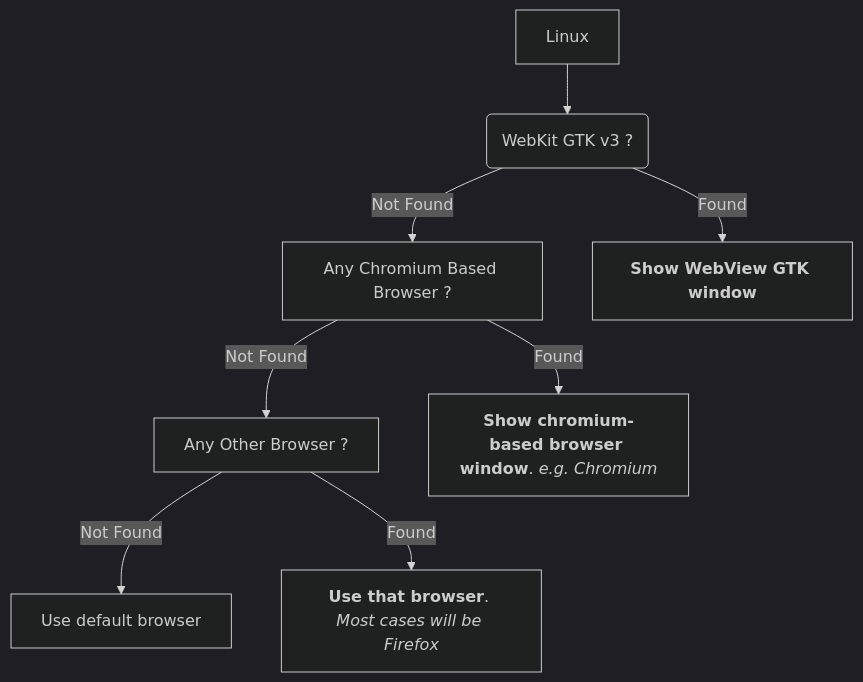
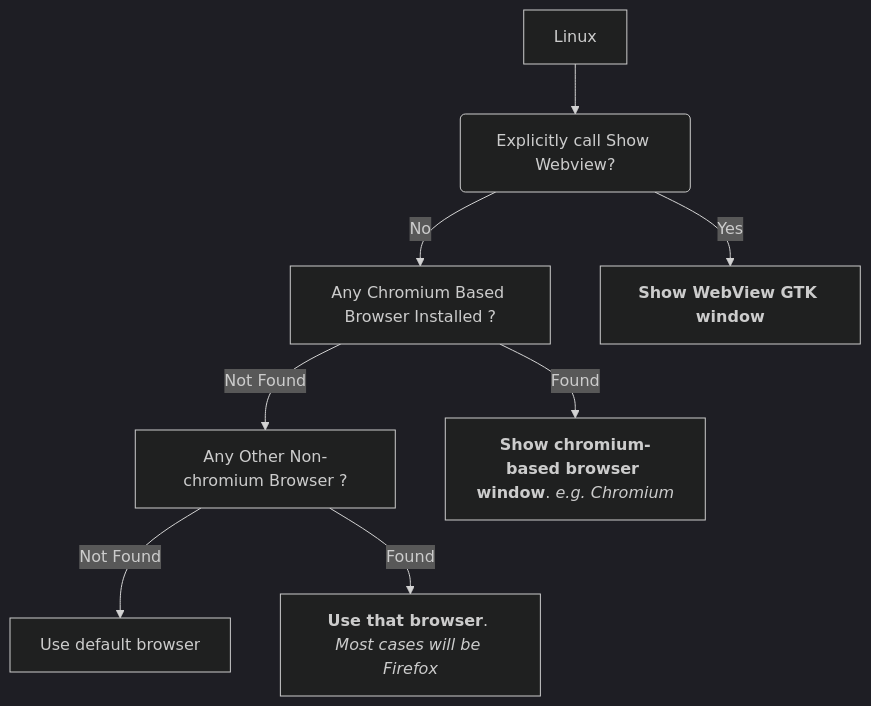
One commit to webui-dev/website changed the second of 3 diagrams in docs/README.md. Above: the diagram before and after it, drawn with Mermaid (dark theme). The commit also changed other lines of this file and 12 other files, not shown here.

```diff
--- a/docs/README.md
+++ b/docs/README.md
@@ -270,10 +270,10 @@
 <div class="mermaid">
 flowchart TD
-    A[Linux] --> B(WebKit GTK v3 ?)
-    B --> |Not Found| D[Any Chromium Based Browser ?]
-    B --> |Found| C[<strong>Show WebView GTK window</strong>]
-    D --> |Not Found| F[Any Other Browser ?]
+    A[Linux] --> B(Explicitly call Show Webview?)
+    B --> |No| D[Any Chromium Based Browser Installed ?]
+    B --> |Yes| C[<strong>Show WebView GTK window</strong>]
+    D --> |Not Found| F[Any Other Non-chromium Browser ?]
     D --> |Found| E[<strong>Show chromium-based browser window</strong>. <em>e.g. Chromium</em>]
     F --> |Not Found| J[Use default browser]
     F --> |Found| I[<strong>Use that browser</strong>. <em>Most cases will be Firefox</em>]
 </div>
```
